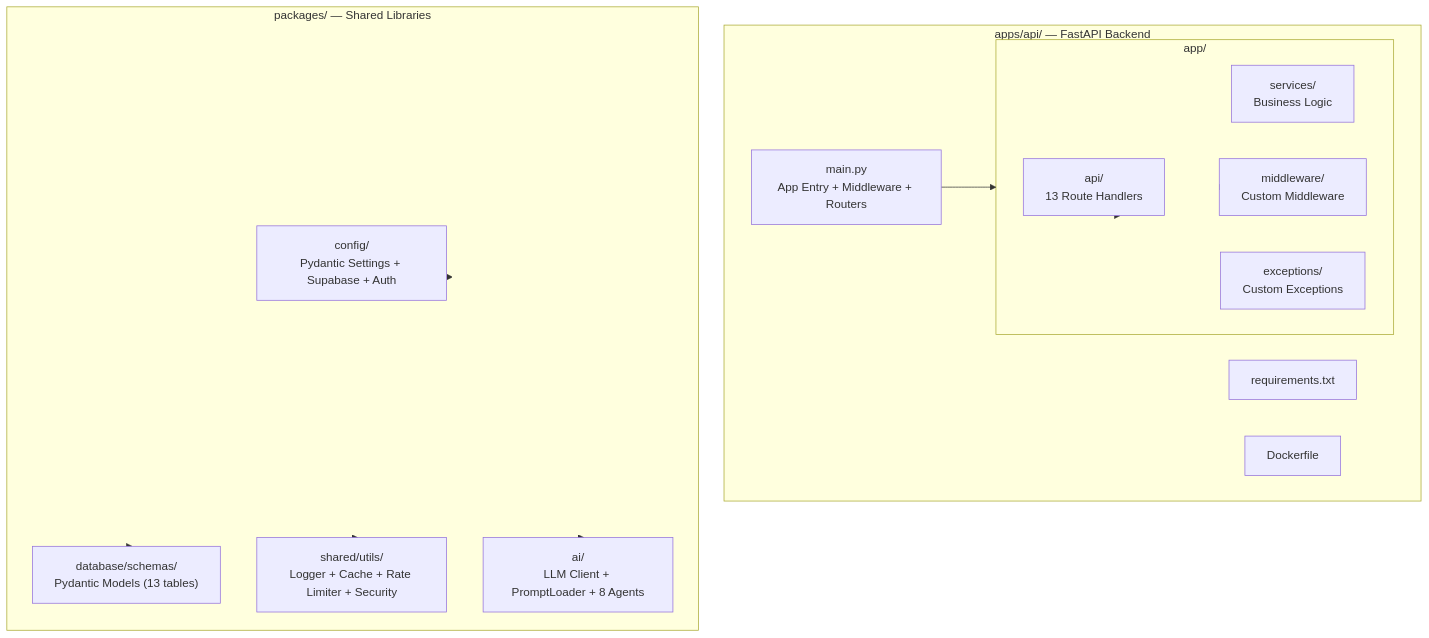
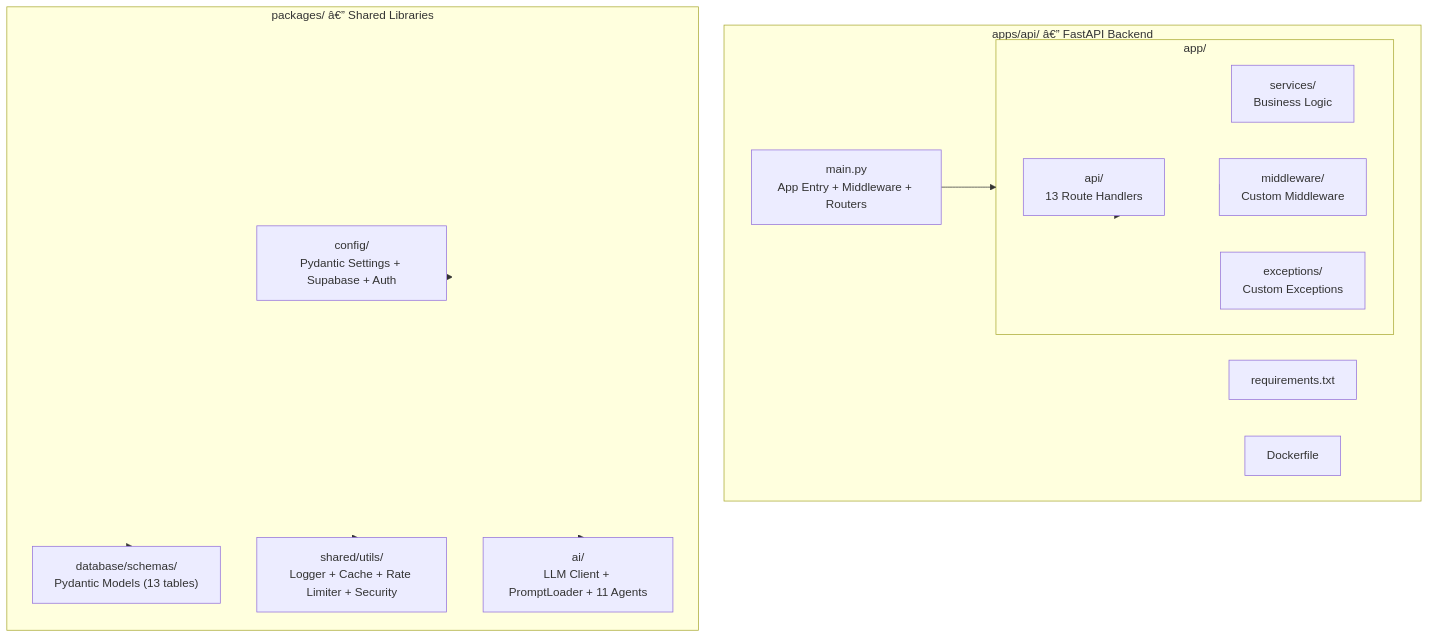
Before and after one commit to rohitkumarnaidu/ARIA-OS---SecondBrain-: the first of 8 diagrams in docs/engineering/BackendArchitecture.md, drawn with Mermaid. The commit also changed other lines of this file and 6 other files, not shown here.

````diff
--- a/docs/engineering/BackendArchitecture.md
+++ b/docs/engineering/BackendArchitecture.md
@@ -68,33 +82,33 @@
 ```mermaid
 graph TD
-    subgraph API["apps/api/ — FastAPI Backend"]
+    subgraph API["apps/api/ â€” FastAPI Backend"]
         ENTRY["main.py<br/>App Entry + Middleware + Routers"]
         REQ["requirements.txt"]
         DOCKER["Dockerfile"]
 
         subgraph APP["app/"]
             ROUTES["api/<br/>13 Route Handlers"]
             SVC["services/<br/>Business Logic"]
             MID["middleware/<br/>Custom Middleware"]
             EXC["exceptions/<br/>Custom Exceptions"]
         end
     end
 
     ENTRY --> APP
     APP --> ROUTES
     APP --> SVC
     APP --> MID
     APP --> EXC
 
-    subgraph PKG["packages/ — Shared Libraries"]
+    subgraph PKG["packages/ â€” Shared Libraries"]
         CFG["config/<br/>Pydantic Settings + Supabase + Auth"]
         DB["database/schemas/<br/>Pydantic Models (13 tables)"]
         UTIL["shared/utils/<br/>Logger + Cache + Rate Limiter + Security"]
-        AI["ai/<br/>LLM Client + PromptLoader + 8 Agents"]
+        AI["ai/<br/>LLM Client + PromptLoader + 11 Agents"]
     end
 
     PKG --> CFG
     PKG --> DB
     PKG --> UTIL
     PKG --> AI
 ```
````
